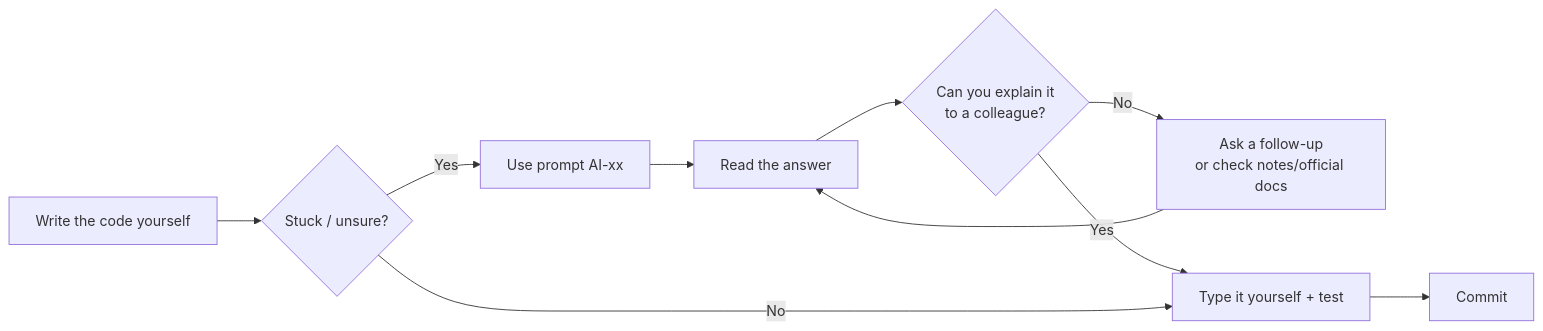
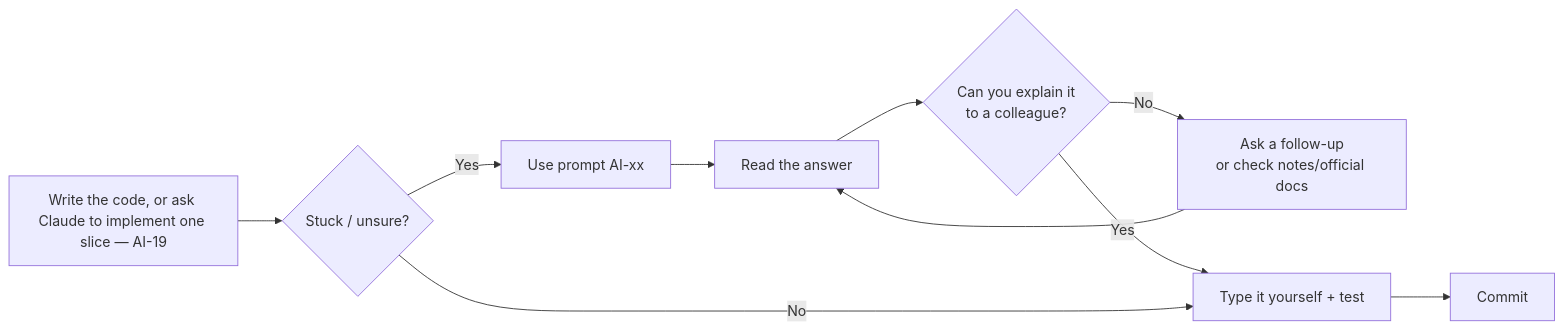
The diagram in docs/pustaka-prompt.en.md (habibtalib/coach-codeigniter-10-hari-kkm-peserta), drawn with Mermaid before and after one commit. The commit also changed other lines of this file and 27 other files, not shown here.

Commit message:
Hari 7 petang–Hari 10: modul dibina dengan Claude Code (7 pintu semakan), SPEC/kolaborasi dikemas kini, slaid

````diff
--- a/docs/pustaka-prompt.en.md
+++ b/docs/pustaka-prompt.en.md
@@ -10,12 +10,12 @@
 ```mermaid
 flowchart LR
-    A[Write the code yourself] --> B{Stuck / unsure?}
+    A[Write the code, or ask Claude to implement one slice — AI-19] --> B{Stuck / unsure?}
     B -- Yes --> C[Use prompt AI-xx]
     C --> D[Read the answer]
     D --> E{Can you explain it<br/>to a colleague?}
     E -- No --> F[Ask a follow-up<br/>or check notes/official docs]
     F --> D
     E -- Yes --> G[Type it yourself + test]
     G --> H[Commit]
     B -- No --> G
 ```
````
